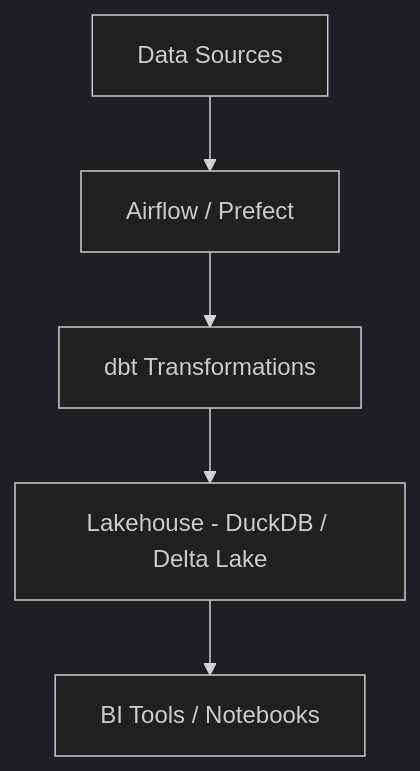
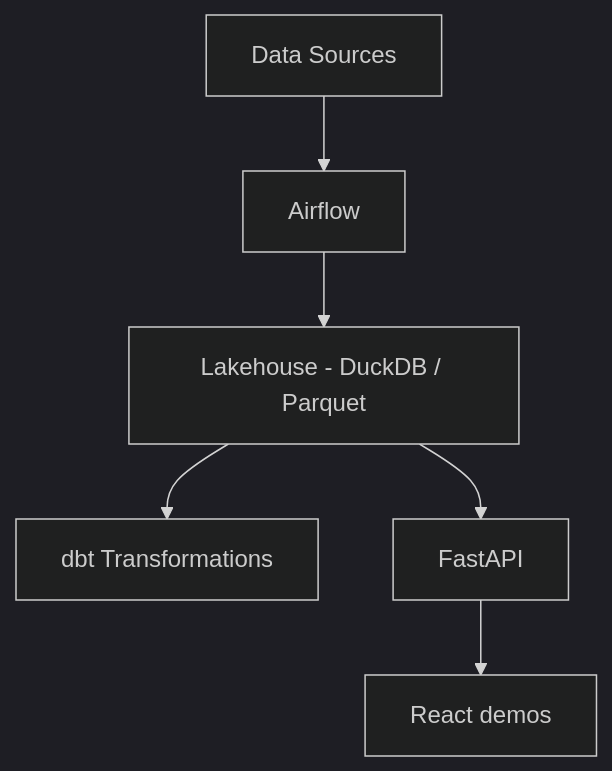
One commit to Calebsons-Inc/Calebsons-Data-Engineering-Lakehouse-Pipeline changed the diagram in readme.md. Above: the diagram before and after it, drawn with Mermaid (dark theme). The commit also changed other lines of this file and 53 other files, not shown here.

````diff
--- a/readme.md
+++ b/readme.md
@@ -19,7 +20,8 @@
 ```mermaid
 flowchart TD
-    SRC[Data Sources] --> ORCH[Airflow / Prefect]
-    ORCH --> DBT[dbt Transformations]
-    DBT --> LAKE[Lakehouse - DuckDB / Delta Lake]
-    LAKE --> BI[BI Tools / Notebooks]
+    SRC[Data Sources] --> ORCH[Airflow]
+    ORCH --> LAKE[Lakehouse - DuckDB / Parquet]
+    LAKE --> DBT[dbt Transformations]
+    LAKE --> API[FastAPI]
+    API --> UI[React demos]
 ```
````
